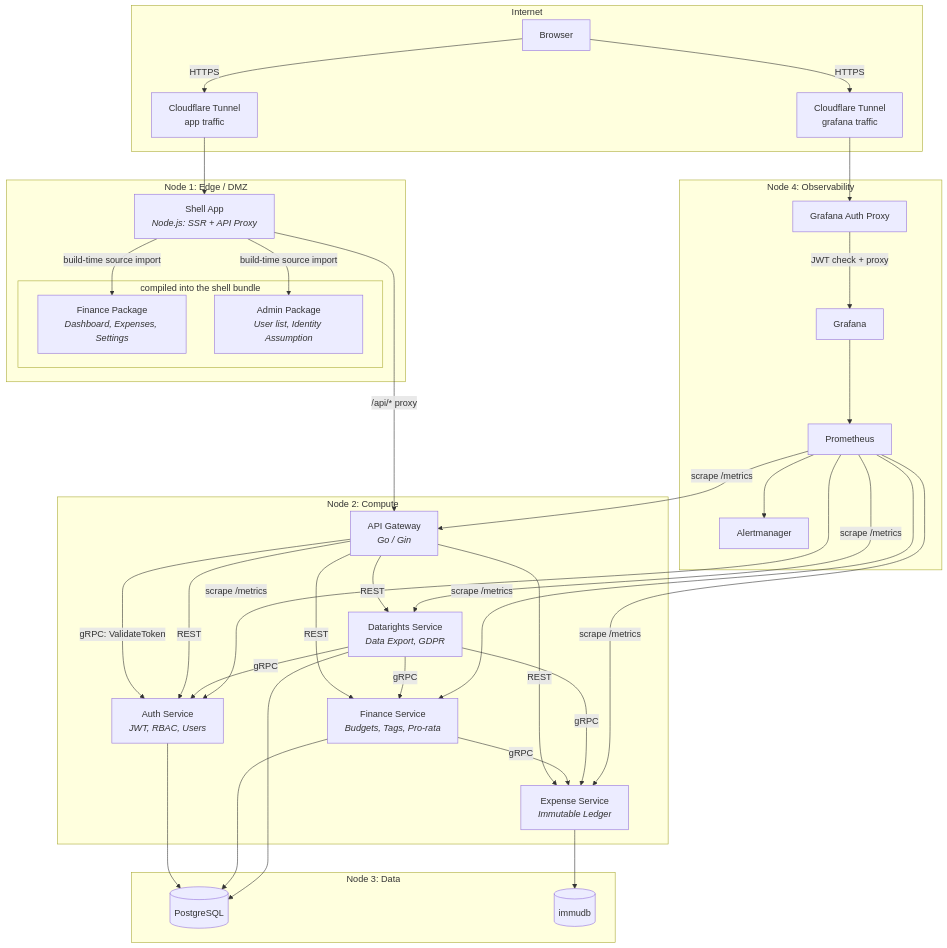
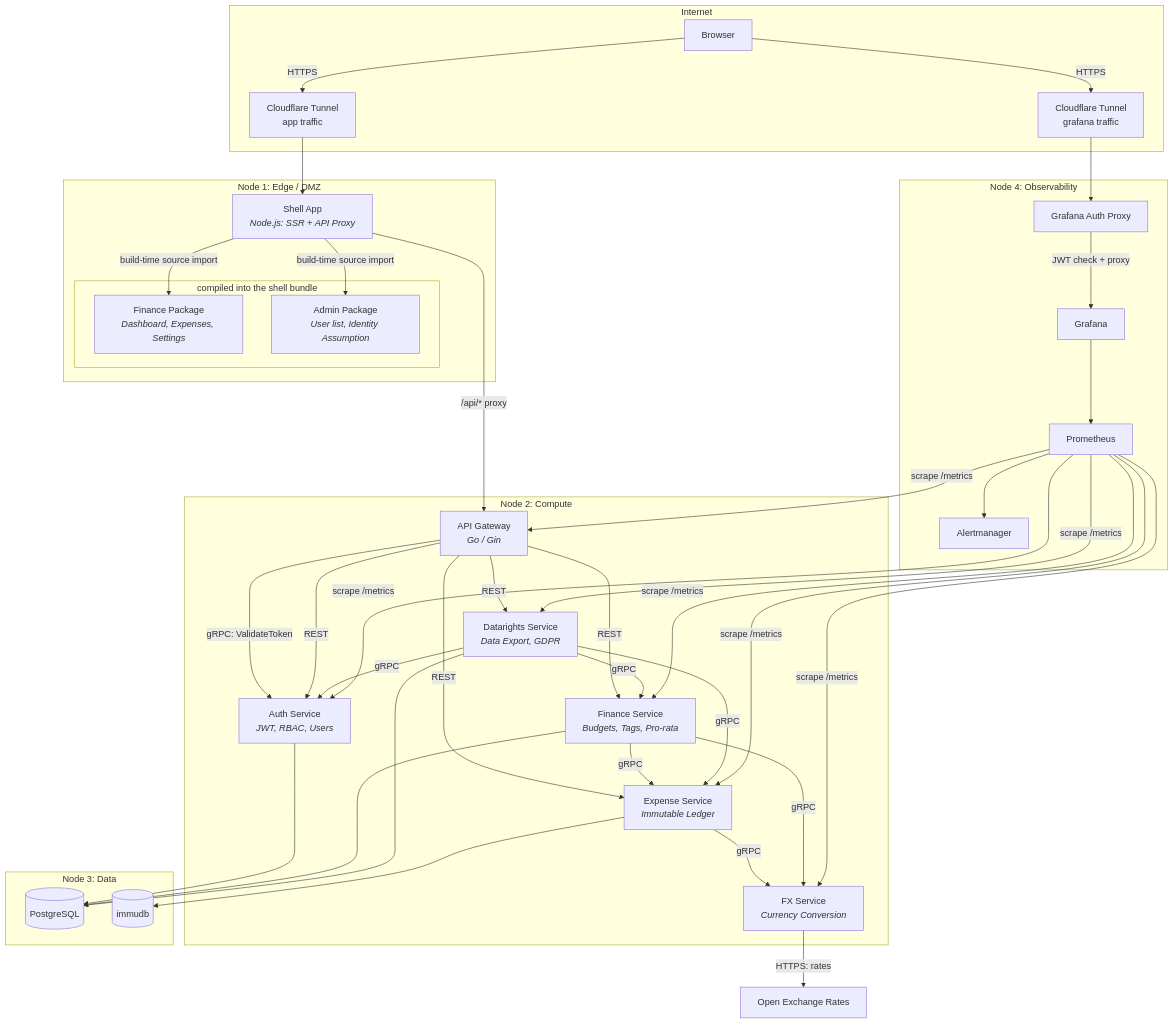
The diagram in README.md (ItsThompson/gofin), drawn with Mermaid before and after one commit. The commit also changed other lines of this file and 10 other files, not shown here.

````diff
--- a/README.md
+++ b/README.md
@@ -44,67 +45,74 @@
 ```mermaid
 graph TB
     subgraph Internet
         Browser[Browser]
         CFApp[Cloudflare Tunnel<br/>app traffic]
         CFGraf[Cloudflare Tunnel<br/>grafana traffic]
     end
 
     subgraph Node1[Node 1: Edge / DMZ]
         Shell[Shell App<br/><i>Node.js: SSR + API Proxy</i>]
         subgraph Bundled[compiled into the shell bundle]
             FinPkg[Finance Package<br/><i>Dashboard, Expenses, Settings</i>]
             AdminPkg[Admin Package<br/><i>User list, Identity Assumption</i>]
         end
     end
 
     subgraph Node2[Node 2: Compute]
         GW[API Gateway<br/><i>Go / Gin</i>]
         Auth[Auth Service<br/><i>JWT, RBAC, Users</i>]
         Expense[Expense Service<br/><i>Immutable Ledger</i>]
         Finance[Finance Service<br/><i>Budgets, Tags, Pro-rata</i>]
+        FX[FX Service<br/><i>Currency Conversion</i>]
         DR[Datarights Service<br/><i>Data Export, GDPR</i>]
     end
 
     subgraph Node3[Node 3: Data]
         PG[(PostgreSQL)]
         Immudb[(immudb)]
     end
 
     subgraph Node4[Node 4: Observability]
         AuthProxy[Grafana Auth Proxy]
         Grafana[Grafana]
         Prom[Prometheus]
         Alert[Alertmanager]
     end
 
     Browser -->|HTTPS| CFApp --> Shell
     Browser -->|HTTPS| CFGraf --> AuthProxy
 
+    OER[Open Exchange Rates]
+
     Shell -->|build-time source import| FinPkg
     Shell -->|build-time source import| AdminPkg
     Shell -->|/api/* proxy| GW
 
     GW -->|gRPC: ValidateToken| Auth
     GW -->|REST| Auth
     GW -->|REST| Expense
     GW -->|REST| Finance
     GW -->|REST| DR
     Finance -->|gRPC| Expense
+    Expense -->|gRPC| FX
+    Finance -->|gRPC| FX
     DR -->|gRPC| Auth
     DR -->|gRPC| Expense
     DR -->|gRPC| Finance
+    FX -->|HTTPS: rates| OER
 
     Auth --> PG
     Finance --> PG
     DR --> PG
     Expense --> Immudb
 
     AuthProxy -->|JWT check + proxy| Grafana
     Prom -->|scrape /metrics| GW
     Prom -->|scrape /metrics| Auth
     Prom -->|scrape /metrics| Expense
     Prom -->|scrape /metrics| Finance
+    Prom -->|scrape /metrics| FX
     Prom -->|scrape /metrics| DR
     Prom --> Alert
     Grafana --> Prom
 ```
````
